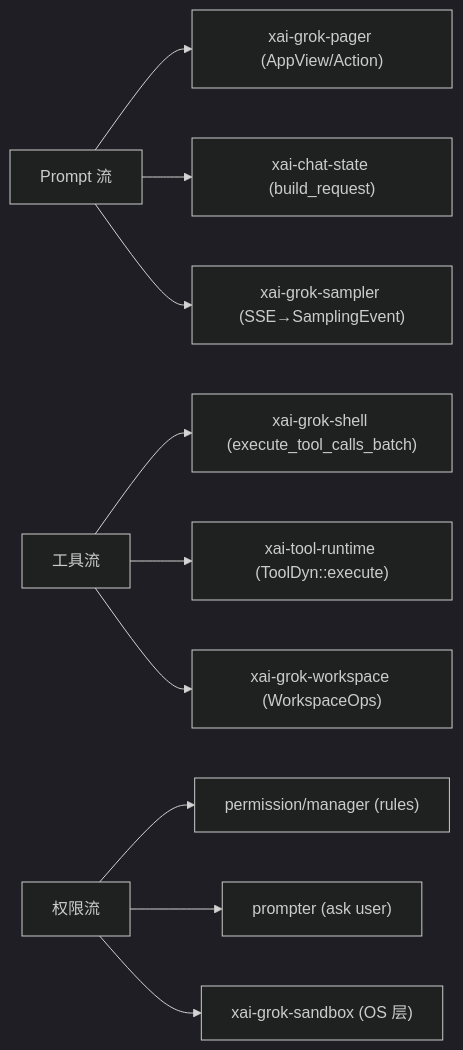
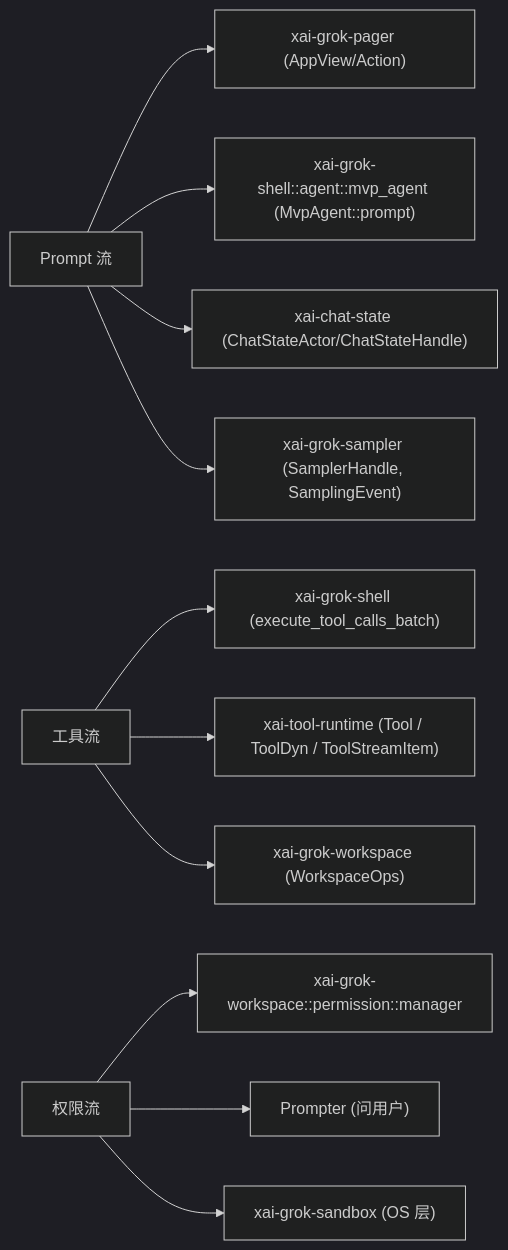
Before and after one commit to adrian9778/grok-build: the second of 2 diagrams in docs/adrian/sourceReader/06-配置与数据流.md, drawn with Mermaid (dark theme). The commit also changed other lines of this file and 18 other files, not shown here.

````diff
--- a/docs/adrian/sourceReader/06-配置与数据流.md
+++ b/docs/adrian/sourceReader/06-配置与数据流.md
@@ -222,12 +398,13 @@
 ```mermaid
 flowchart LR
-    P["Prompt 流"] --> UI["xai-grok-pager (AppView/Action)"]
-    P --> CS["xai-chat-state (build_request)"]
-    P --> SA["xai-grok-sampler (SSE→SamplingEvent)"]
+    P["Prompt 流"] --> ACP["xai-grok-pager (AppView/Action)"]
+    P --> MA["xai-grok-shell::agent::mvp_agent (MvpAgent::prompt)"]
+    P --> CS["xai-chat-state (ChatStateActor/ChatStateHandle)"]
+    P --> SA["xai-grok-sampler (SamplerHandle, SamplingEvent)"]
     T["工具流"] --> TB["xai-grok-shell (execute_tool_calls_batch)"]
-    T --> TR["xai-tool-runtime (ToolDyn::execute)"]
+    T --> TR["xai-tool-runtime (Tool / ToolDyn / ToolStreamItem)"]
     T --> WS["xai-grok-workspace (WorkspaceOps)"]
-    A["权限流"] --> PM["permission/manager (rules)"]
-    A --> PR["prompter (ask user)"]
+    A["权限流"] --> PM["xai-grok-workspace::permission::manager"]
+    A --> PR["Prompter (问用户)"]
     A --> SB["xai-grok-sandbox (OS 层)"]
 ```
````
